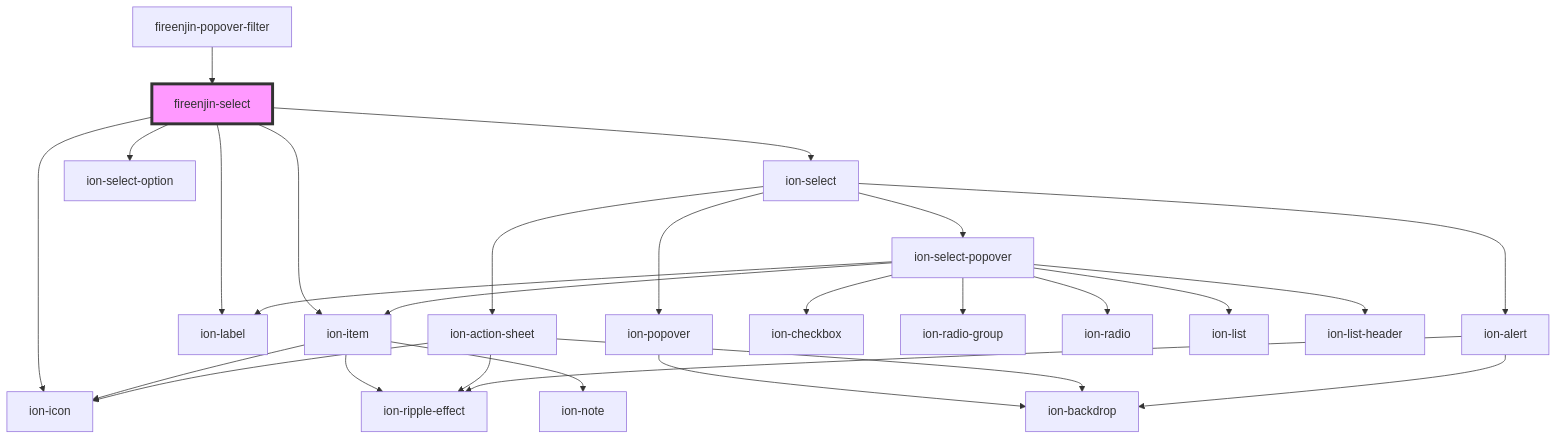
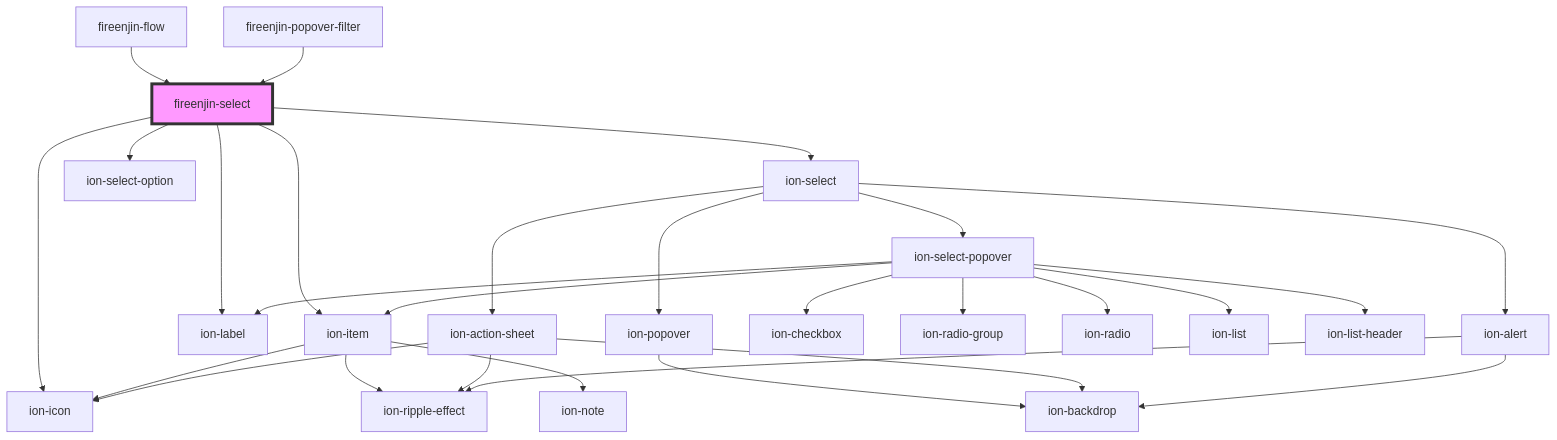
Before and after one commit to FireEnjin/Components: the diagram in src/components/select/readme.md, drawn with Mermaid. The commit also changed other lines of this file and 10 other files, not shown here.

Commit message:
fix(flow): Setup basic flow form functionality

````diff
--- a/src/components/select/readme.md
+++ b/src/components/select/readme.md
@@ -65,30 +66,31 @@
 ```mermaid
 graph TD;
   fireenjin-select --> ion-item
   fireenjin-select --> ion-icon
   fireenjin-select --> ion-label
   fireenjin-select --> ion-select
   fireenjin-select --> ion-select-option
   ion-item --> ion-icon
   ion-item --> ion-ripple-effect
   ion-item --> ion-note
   ion-select --> ion-select-popover
   ion-select --> ion-popover
   ion-select --> ion-action-sheet
   ion-select --> ion-alert
   ion-select-popover --> ion-item
   ion-select-popover --> ion-checkbox
   ion-select-popover --> ion-label
   ion-select-popover --> ion-radio-group
   ion-select-popover --> ion-radio
   ion-select-popover --> ion-list
   ion-select-popover --> ion-list-header
   ion-popover --> ion-backdrop
   ion-action-sheet --> ion-backdrop
   ion-action-sheet --> ion-icon
   ion-action-sheet --> ion-ripple-effect
   ion-alert --> ion-ripple-effect
   ion-alert --> ion-backdrop
+  fireenjin-flow --> fireenjin-select
   fireenjin-popover-filter --> fireenjin-select
   style fireenjin-select fill:#f9f,stroke:#333,stroke-width:4px
 ```
````
